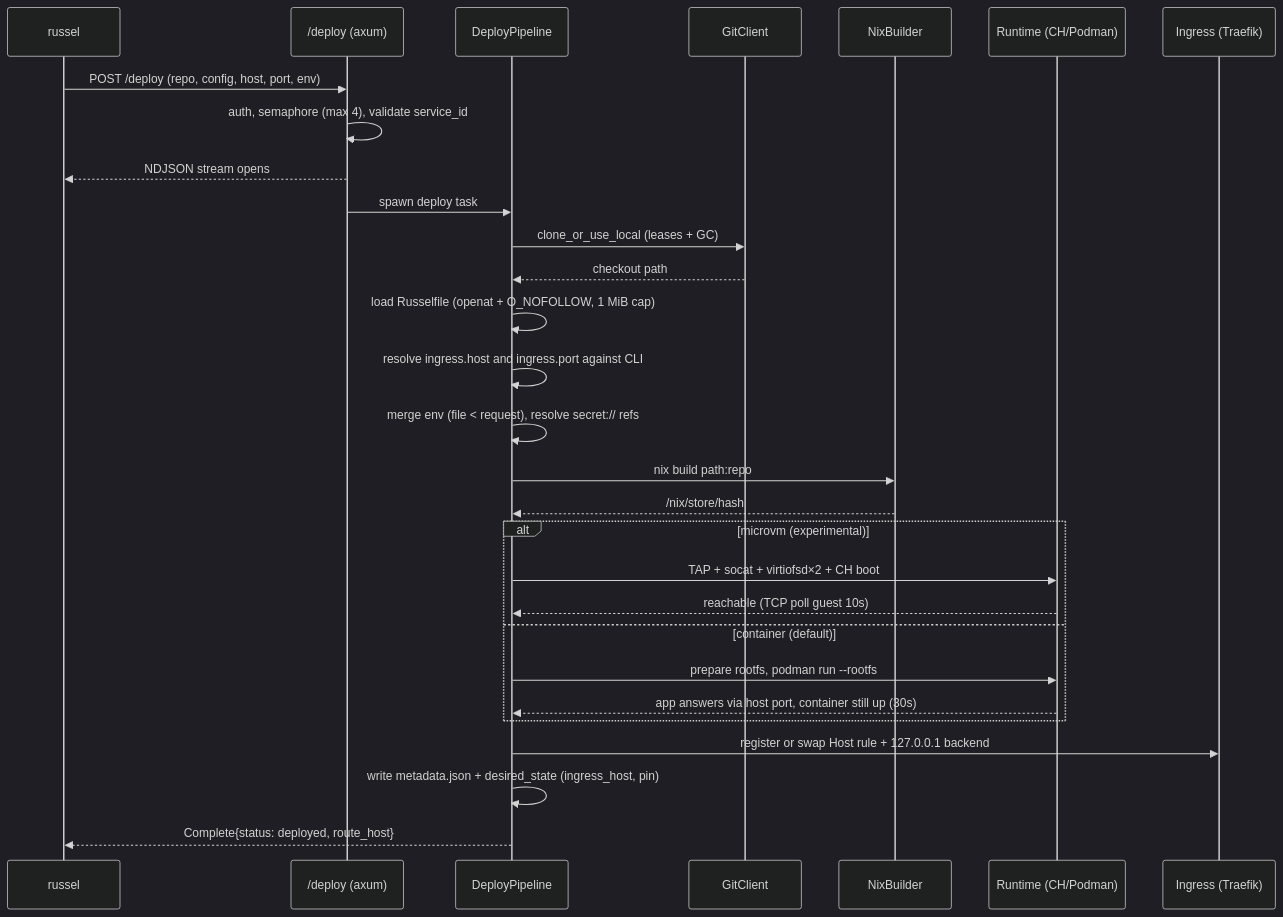
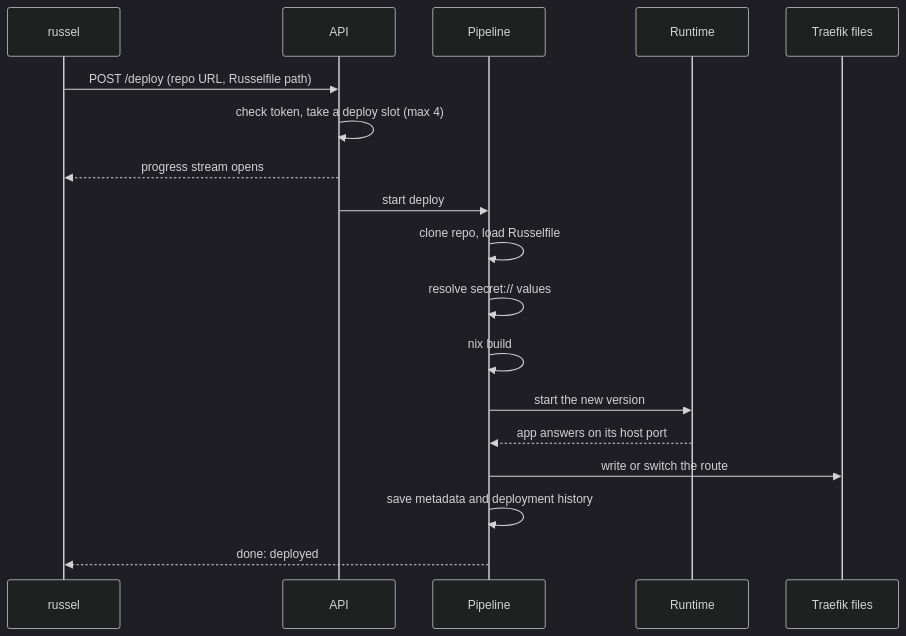
Before and after one commit to daschinmoy21/russel: the second of 2 diagrams in docs/concepts/architecture.md, drawn with Mermaid (dark theme). The commit also changed other lines of this file and 33 other files, not shown here.

First line of the commit message:
chore: sync russel-dev main (docs rewrite, pinned ingress port fix)

````diff
--- a/docs/concepts/architecture.md
+++ b/docs/concepts/architecture.md
@@ -79,31 +54,20 @@
 ```mermaid
 sequenceDiagram
     participant U as russel
-    participant A as /deploy (axum)
-    participant P as DeployPipeline
-    participant G as GitClient
-    participant B as NixBuilder
-    participant R as Runtime (CH/Podman)
-    participant I as Ingress (Traefik)
-    U->>A: POST /deploy (repo, config, host, port, env)
-    A->>A: auth, semaphore (max 4), validate service_id
-    A-->>U: NDJSON stream opens
-    A->>P: spawn deploy task
-    P->>G: clone_or_use_local (leases + GC)
-    G-->>P: checkout path
-    P->>P: load Russelfile (openat + O_NOFOLLOW, 1 MiB cap)
-    P->>P: resolve ingress.host and ingress.port against CLI
-    P->>P: merge env (file < request), resolve secret:// refs
-    P->>B: nix build path:repo#packages.sys.default
-    B-->>P: /nix/store/hash
-    alt microvm (experimental)
-        P->>R: TAP + socat + virtiofsd×2 + CH boot
-        R-->>P: reachable (TCP poll guest 10s)
-    else container (default)
-        P->>R: prepare rootfs, podman run --rootfs
-        R-->>P: app answers via host port, container still up (30s)
-    end
-    P->>I: register or swap Host rule + 127.0.0.1 backend
-    P->>P: write metadata.json + desired_state (ingress_host, pin)
-    P-->>U: Complete{status: deployed, route_host}
+    participant A as API
+    participant P as Pipeline
+    participant R as Runtime
+    participant I as Traefik files
+    U->>A: POST /deploy (repo URL, Russelfile path)
+    A->>A: check token, take a deploy slot (max 4)
+    A-->>U: progress stream opens
+    A->>P: start deploy
+    P->>P: clone repo, load Russelfile
+    P->>P: resolve secret:// values
+    P->>P: nix build
+    P->>R: start the new version
+    R-->>P: app answers on its host port
+    P->>I: write or switch the route
+    P->>P: save metadata and deployment history
+    P-->>U: done: deployed
 ```
````
